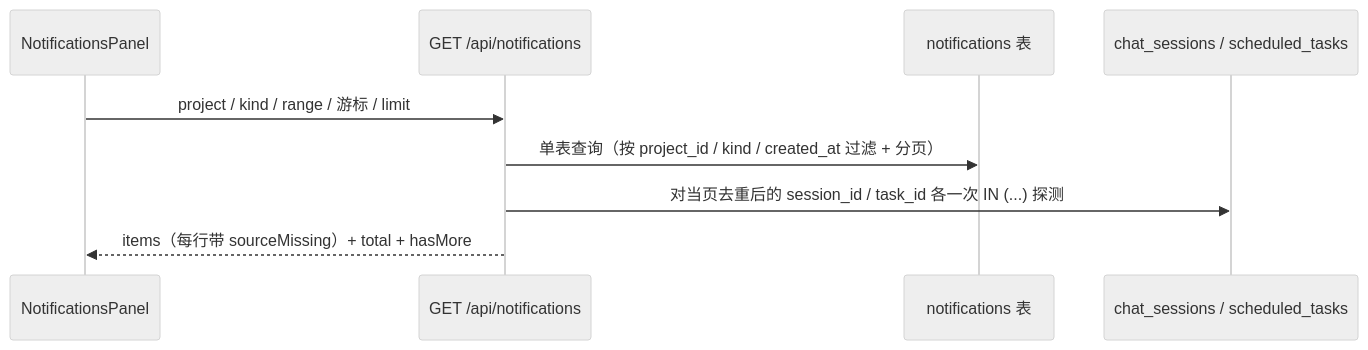
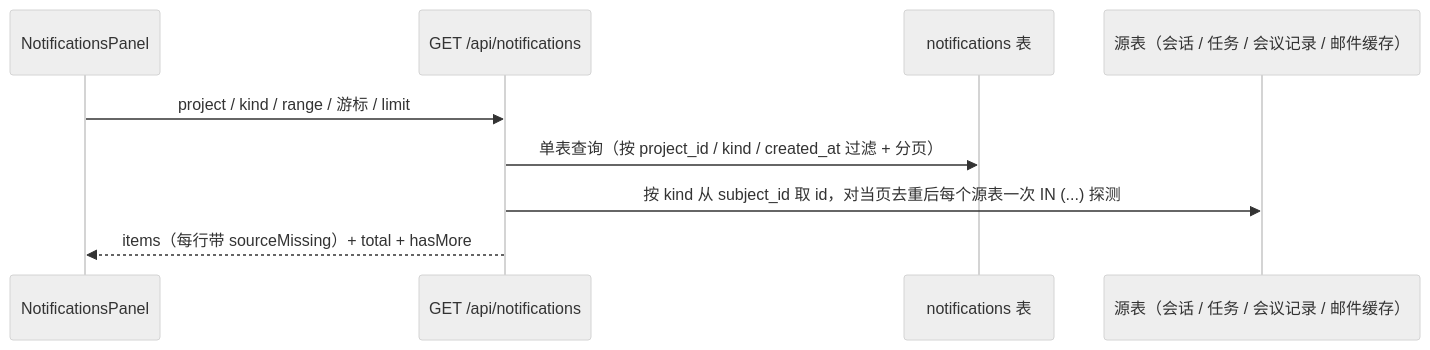
Before and after one commit to clawbench-dev/clawbench: the second of 3 diagrams in docs/spec/features/notification-center.md, drawn with Mermaid (neutral theme). The commit also changed other lines of this file and 20 other files, not shown here.

````diff
--- a/docs/spec/features/notification-center.md
+++ b/docs/spec/features/notification-center.md
@@ -29,11 +29,11 @@
 ```mermaid
 sequenceDiagram
     participant P as NotificationsPanel
     participant H as GET /api/notifications
     participant DB as notifications 表
-    participant SRC as chat_sessions / scheduled_tasks
+    participant SRC as 源表（会话 / 任务 / 会议记录 / 邮件缓存）
     P->>H: project / kind / range / 游标 / limit
     H->>DB: 单表查询（按 project_id / kind / created_at 过滤 + 分页）
-    H->>SRC: 对当页去重后的 session_id / task_id 各一次 IN (...) 探测
+    H->>SRC: 按 kind 从 subject_id 取 id，对当页去重后每个源表一次 IN (...) 探测
     H-->>P: items（每行带 sourceMissing）+ total + hasMore
 ```
````
